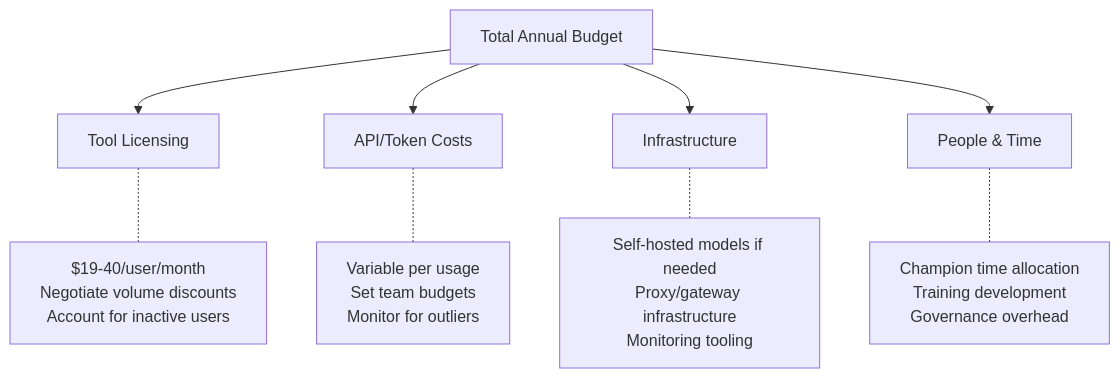
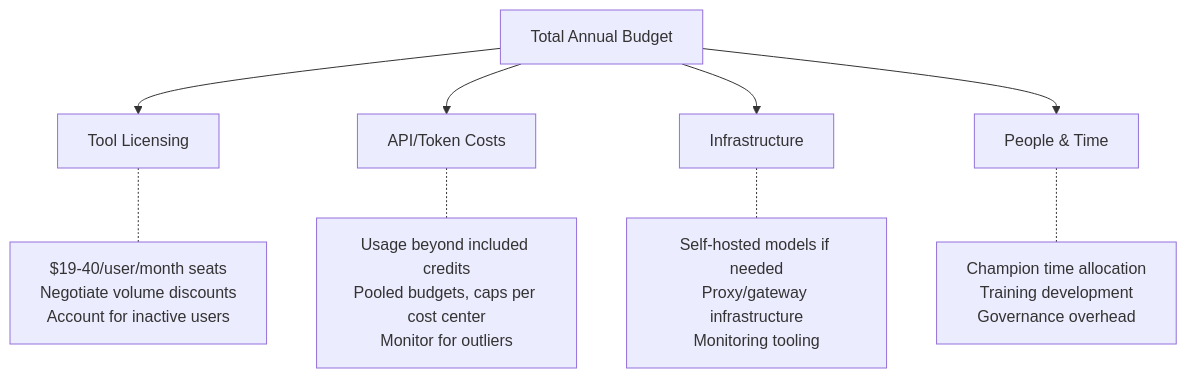
Before and after one commit to bernardmendonca/ai-engineering-playbook: the third of 3 diagrams in ai-coding-agents/production-rollout.md, drawn with Mermaid. The commit also changed other lines of this file and 53 other files, not shown here.

````diff
--- a/ai-coding-agents/production-rollout.md
+++ b/ai-coding-agents/production-rollout.md
@@ -243,12 +243,12 @@
 ```mermaid
 flowchart TD
     A[Total Annual Budget] --> B[Tool Licensing]
     A --> C[API/Token Costs]
     A --> D[Infrastructure]
     A --> E[People & Time]
 
-    B -.- B1[$19-40/user/month<br/>Negotiate volume discounts<br/>Account for inactive users]
-    C -.- C1[Variable per usage<br/>Set team budgets<br/>Monitor for outliers]
+    B -.- B1[$19-40/user/month seats<br/>Negotiate volume discounts<br/>Account for inactive users]
+    C -.- C1[Usage beyond included credits<br/>Pooled budgets, caps per cost center<br/>Monitor for outliers]
     D -.- D1[Self-hosted models if needed<br/>Proxy/gateway infrastructure<br/>Monitoring tooling]
     E -.- E1[Champion time allocation<br/>Training development<br/>Governance overhead]
 ```
````
